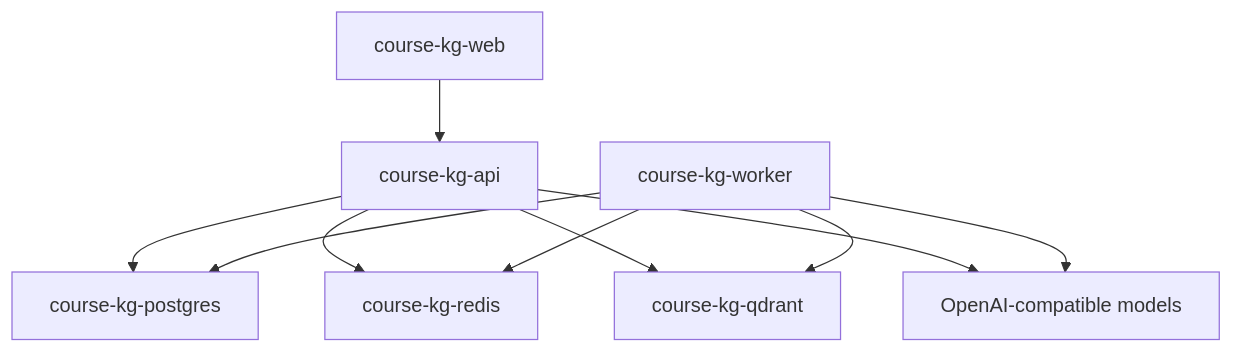
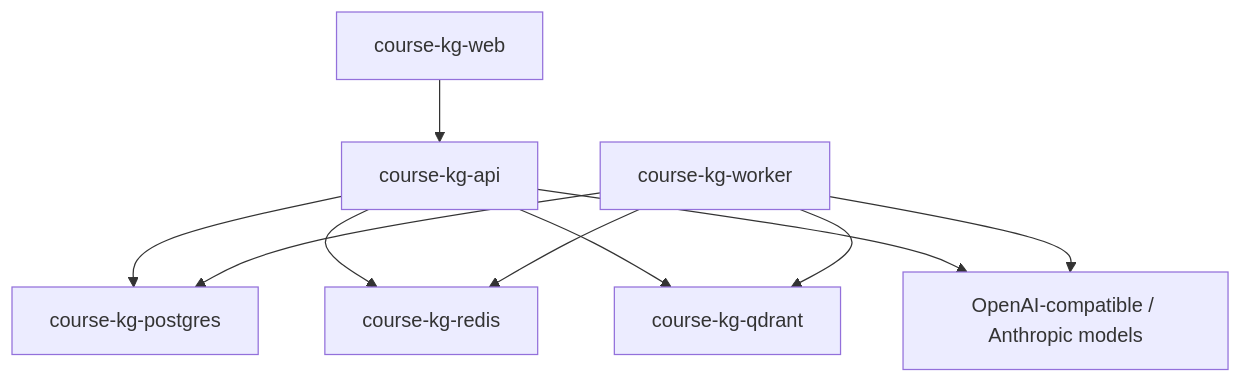
One commit to Sggggt/SymboGraph changed the diagram in infra/README.md. Above: the diagram before and after it, drawn with Mermaid. The commit also changed other lines of this file and 257 other files, not shown here.

````diff
--- a/infra/README.md
+++ b/infra/README.md
@@ -31,12 +67,12 @@
 ```mermaid
 flowchart TB
     WEB["course-kg-web"] --> API["course-kg-api"]
     API --> PG["course-kg-postgres"]
     API --> R["course-kg-redis"]
     API --> Q["course-kg-qdrant"]
     W["course-kg-worker"] --> R
     W --> PG
     W --> Q
-    API --> M["OpenAI-compatible models"]
+    API --> M["OpenAI-compatible / Anthropic models"]
     W --> M
 ```
````
